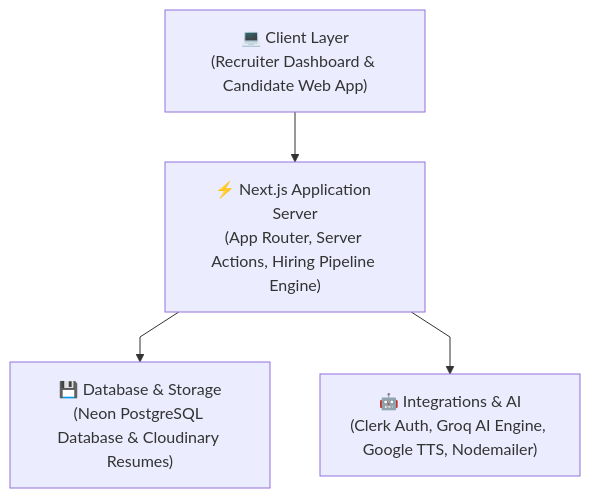
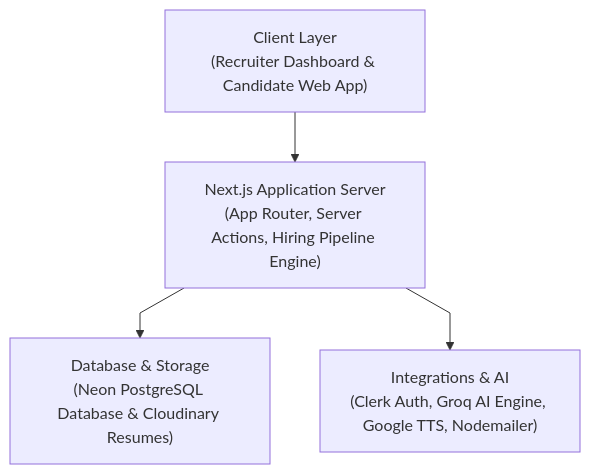
Before and after one commit to divysaxena24/Recrutva: the first of 2 diagrams in README.md, drawn with Mermaid. The commit also changed other lines of this file, not shown here.

````diff
--- a/README.md
+++ b/README.md
@@ -9,12 +9,12 @@
 ```mermaid
 %%{init: {'flowchart': {'curve': 'linear'}}}%%
 graph TD
-    Client["💻 Client Layer<br/>(Recruiter Dashboard & Candidate Web App)"]
-    Server["⚡ Next.js Application Server<br/>(App Router, Server Actions, Hiring Pipeline Engine)"]
-    Storage["💾 Database & Storage<br/>(Neon PostgreSQL Database & Cloudinary Resumes)"]
-    External["🤖 Integrations & AI<br/>(Clerk Auth, Groq AI Engine, Google TTS, Nodemailer)"]
+    Client["Client Layer<br/>(Recruiter Dashboard & Candidate Web App)"]
+    Server["Next.js Application Server<br/>(App Router, Server Actions, Hiring Pipeline Engine)"]
+    Storage["Database & Storage<br/>(Neon PostgreSQL Database & Cloudinary Resumes)"]
+    External["Integrations & AI<br/>(Clerk Auth, Groq AI Engine, Google TTS, Nodemailer)"]
 
     Client --> Server
     Server --> Storage
     Server --> External
 ```
````
